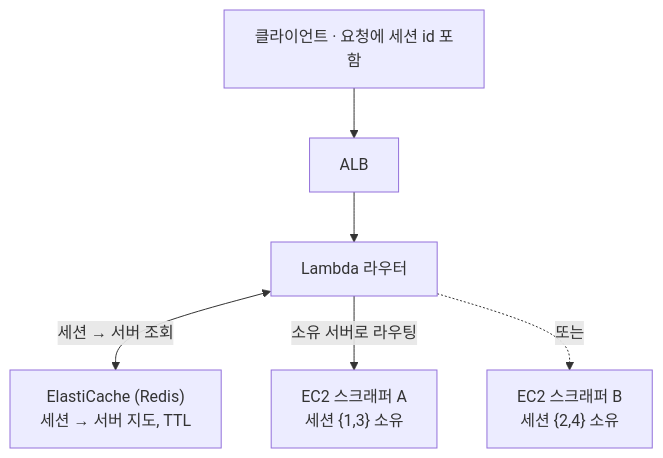
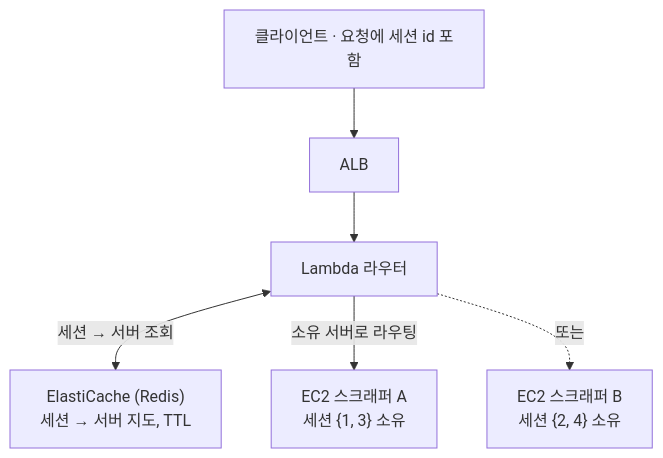
Before and after one commit to kukjun/blog: the diagram in src/content/blog/ko/session-aware-routing.md, drawn with Mermaid. The commit also changed other lines of this file and 5 other files, not shown here.

````diff
--- a/src/content/blog/ko/session-aware-routing.md
+++ b/src/content/blog/ko/session-aware-routing.md
@@ -59,8 +54,8 @@
 ```mermaid
 flowchart TD
   C["클라이언트 · 요청에 세션 id 포함"] --> ALB["ALB"]
   ALB --> R["Lambda 라우터"]
   R <-->|"세션 → 서버 조회"| K["ElastiCache (Redis)<br/>세션 → 서버 지도, TTL"]
-  R -->|"소유 서버로 라우팅"| S1["EC2 스크래퍼 A<br/>세션 {1,3} 소유"]
-  R -.->|"또는"| S2["EC2 스크래퍼 B<br/>세션 {2,4} 소유"]
+  R -->|"소유 서버로 라우팅"| S1["EC2 스크래퍼 A<br/>세션 {1, 3} 소유"]
+  R -.->|"또는"| S2["EC2 스크래퍼 B<br/>세션 {2, 4} 소유"]
 ```
````
